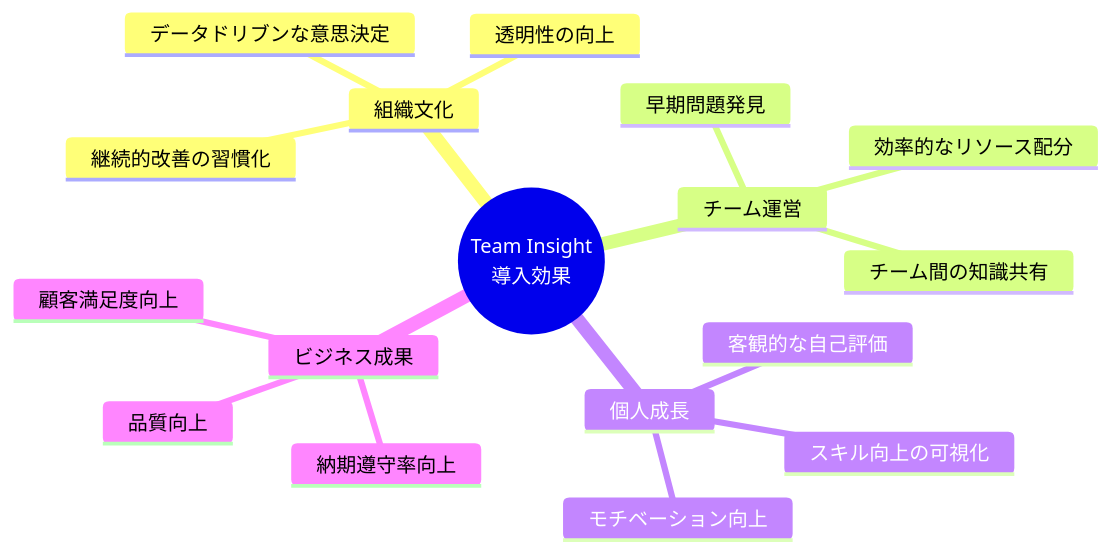
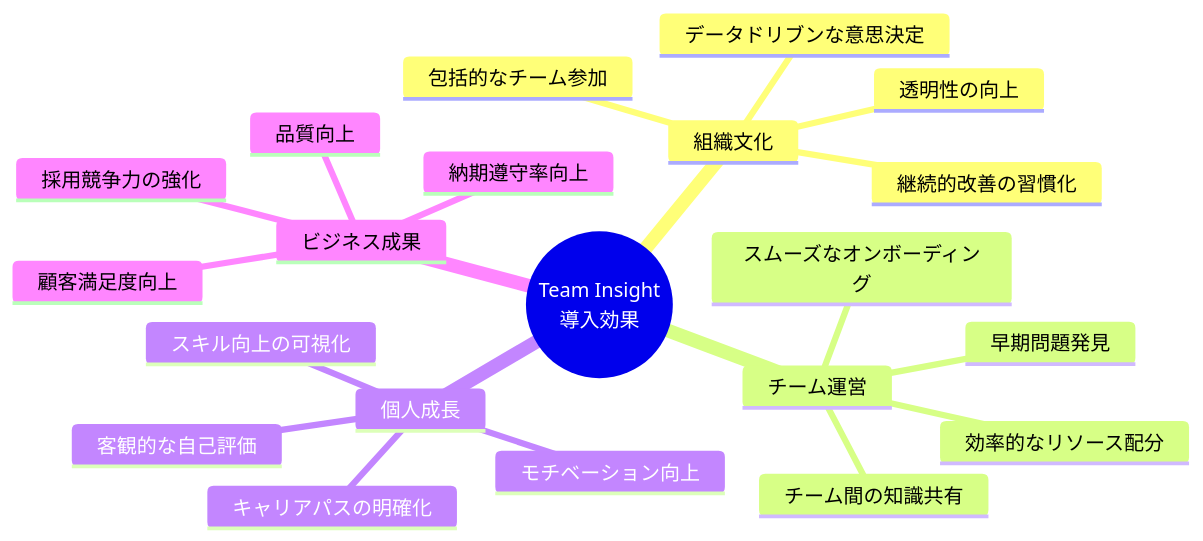
One commit to rasshii/team-insight changed diagram 12 of 13 in Doc/mvp.md. Above: the diagram before and after it, drawn with Mermaid. The commit also changed other lines of this file and 17 other files, not shown here.

````diff
--- a/Doc/mvp.md
+++ b/Doc/mvp.md
@@ -584,20 +767,24 @@
 ```mermaid
 mindmap
   root((Team Insight<br>導入効果))
     組織文化
       データドリブンな意思決定
       透明性の向上
       継続的改善の習慣化
+      包括的なチーム参加
     チーム運営
       早期問題発見
       効率的なリソース配分
       チーム間の知識共有
+      スムーズなオンボーディング
     個人成長
       客観的な自己評価
       スキル向上の可視化
       モチベーション向上
+      キャリアパスの明確化
     ビジネス成果
       納期遵守率向上
       品質向上
       顧客満足度向上
+      採用競争力の強化
 ```
````
